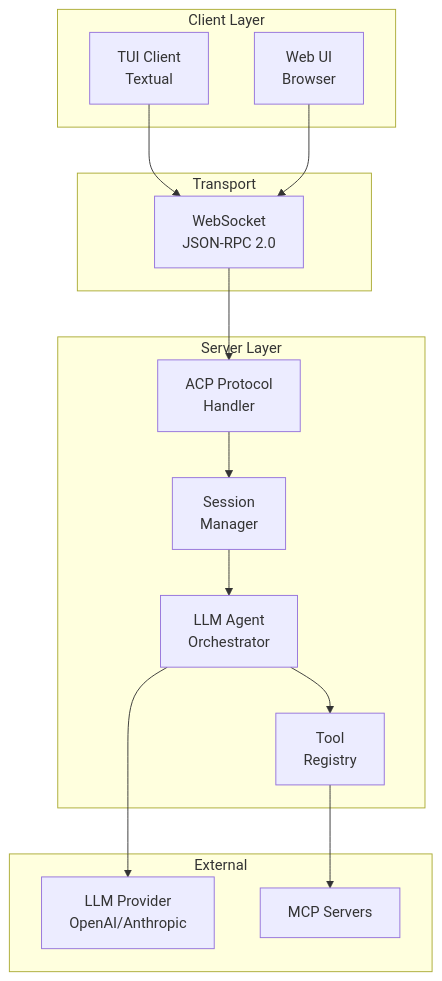
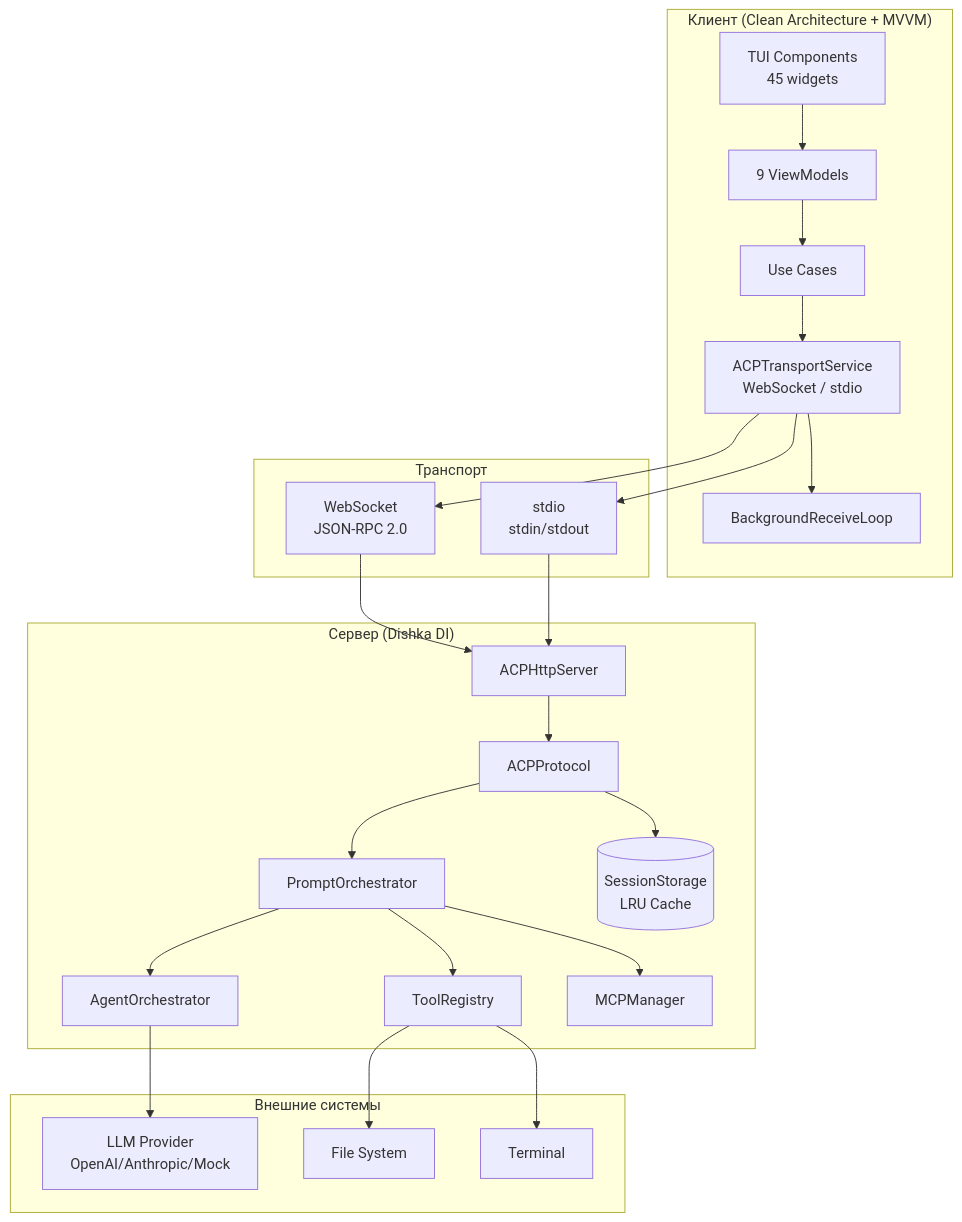
One commit to pese-git/codelab-ai changed the first of 13 diagrams in doc/product/overview/02-architecture.md. Above: the diagram before and after it, drawn with Mermaid. The commit also changed other lines of this file and 22 other files, not shown here.

````diff
--- a/doc/product/overview/02-architecture.md
+++ b/doc/product/overview/02-architecture.md
@@ -9,32 +9,40 @@
 ```mermaid
 graph TB
-    subgraph "Client Layer"
-        TUI[TUI Client<br/>Textual]
-        WebUI[Web UI<br/>Browser]
+    subgraph Client["Клиент (Clean Architecture + MVVM)"]
+        TUI[TUI Components<br/>45 widgets]
+        VM[9 ViewModels]
+        UC[Use Cases]
+        TS[ACPTransportService<br/>WebSocket / stdio]
+        BgLoop[BackgroundReceiveLoop]
     end
     
-    subgraph "Transport"
+    subgraph Transport["Транспорт"]
         WS[WebSocket<br/>JSON-RPC 2.0]
+        STDIO[stdio<br/>stdin/stdout]
     end
     
-    subgraph "Server Layer"
-        Protocol[ACP Protocol<br/>Handler]
-        Session[Session<br/>Manager]
-        Agent[LLM Agent<br/>Orchestrator]
-        Tools[Tool<br/>Registry]
+    subgraph Server["Сервер (Dishka DI)"]
+        HTTP[ACPHttpServer]
+        AP[ACPProtocol]
+        PO[PromptOrchestrator]
+        AO[AgentOrchestrator]
+        TR[ToolRegistry]
+        MCP[MCPManager]
+        Storage[(SessionStorage<br/>LRU Cache)]
     end
     
-    subgraph "External"
-        LLM[LLM Provider<br/>OpenAI/Anthropic]
-        MCP[MCP Servers]
+    subgraph External["Внешние системы"]
+        LLM[LLM Provider<br/>OpenAI/Anthropic/Mock]
+        FS[File System]
+        TERM[Terminal]
     end
     
-    TUI --> WS
-    WebUI --> WS
-    WS --> Protocol
-    Protocol --> Session
-    Session --> Agent
-    Agent --> Tools
-    Agent --> LLM
-    Tools --> MCP
+    TUI --> VM --> UC --> TS
+    TS --> BgLoop
+    TS --> WS & STDIO
+    WS & STDIO --> HTTP --> AP --> PO
+    PO --> AO --> LLM
+    PO --> TR --> FS & TERM
+    PO --> MCP
+    AP --> Storage
 ```
````
